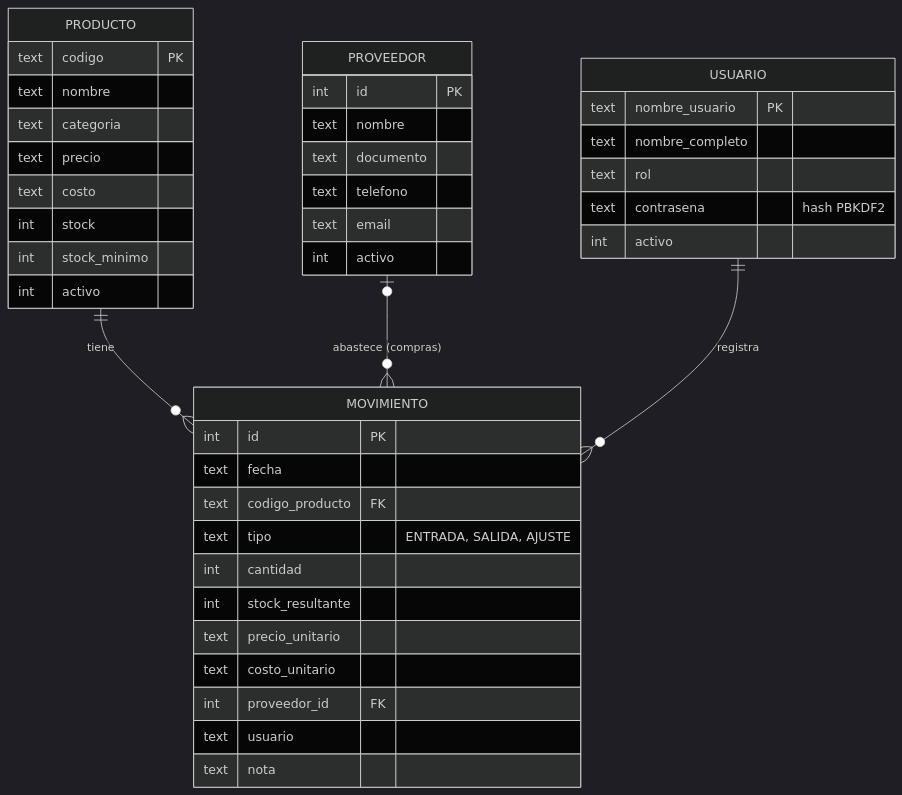
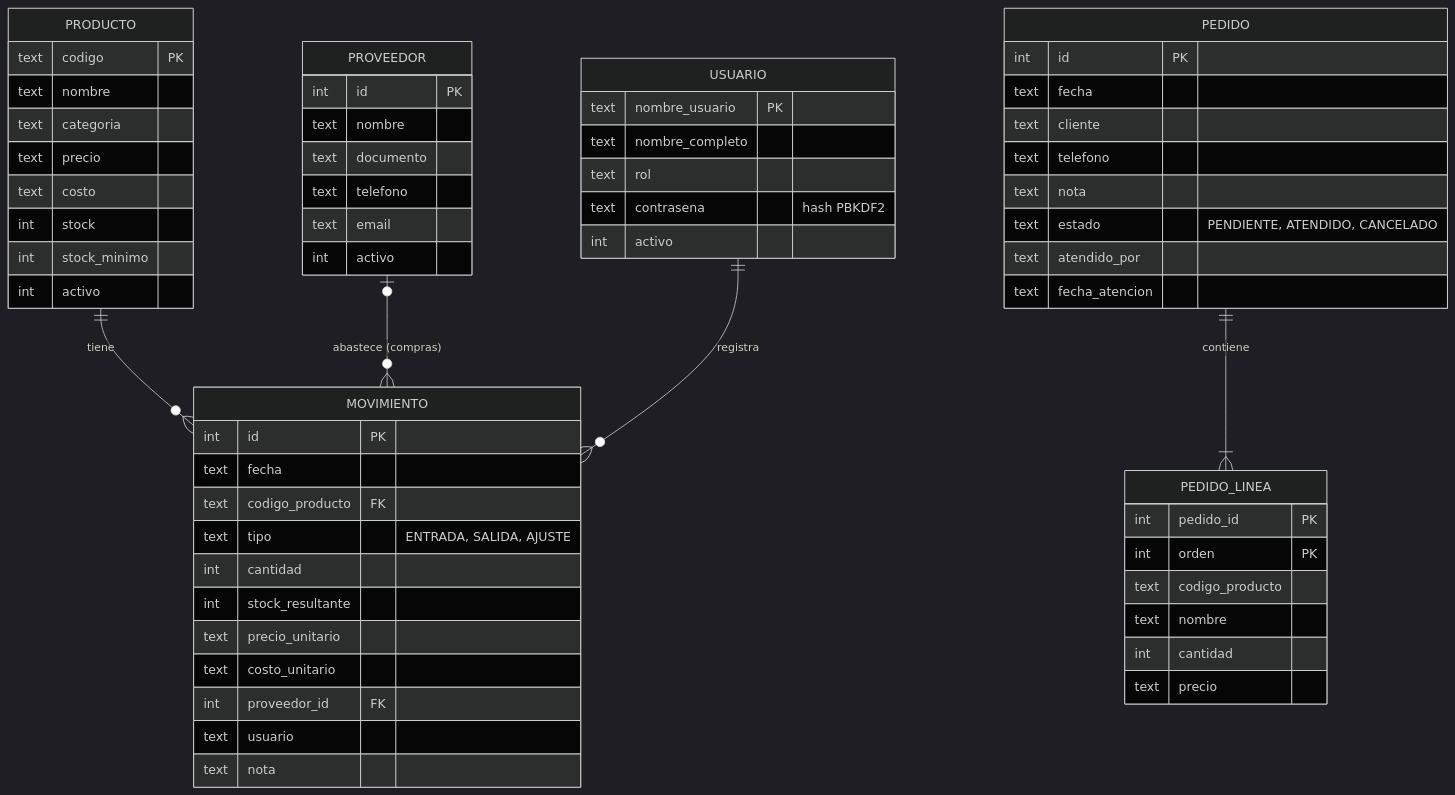
The second of 2 diagrams in README.md (alex123floresc-sketch/AdmInven), drawn with Mermaid (dark theme) before and after one commit. The commit also changed other lines of this file and 23 other files, not shown here.

````diff
--- a/README.md
+++ b/README.md
@@ -189,44 +196,63 @@
 ```mermaid
 erDiagram
     PRODUCTO ||--o{ MOVIMIENTO : "tiene"
     PROVEEDOR |o--o{ MOVIMIENTO : "abastece (compras)"
     USUARIO ||--o{ MOVIMIENTO : "registra"
+    PEDIDO ||--|{ PEDIDO_LINEA : "contiene"
     PRODUCTO {
         text codigo PK
         text nombre
         text categoria
         text precio
         text costo
         int stock
         int stock_minimo
         int activo
     }
     MOVIMIENTO {
         int id PK
         text fecha
         text codigo_producto FK
         text tipo "ENTRADA, SALIDA, AJUSTE"
         int cantidad
         int stock_resultante
         text precio_unitario
         text costo_unitario
         int proveedor_id FK
         text usuario
         text nota
     }
     PROVEEDOR {
         int id PK
         text nombre
         text documento
         text telefono
         text email
         int activo
     }
     USUARIO {
         text nombre_usuario PK
         text nombre_completo
         text rol
         text contrasena "hash PBKDF2"
         int activo
     }
+    PEDIDO {
+        int id PK
+        text fecha
+        text cliente
+        text telefono
+        text nota
+        text estado "PENDIENTE, ATENDIDO, CANCELADO"
+        text atendido_por
+        text fecha_atencion
+    }
+    PEDIDO_LINEA {
+        int pedido_id PK
+        int orden PK
+        text codigo_producto
+        text nombre
+        int cantidad
+        text precio
+    }
 ```
````
